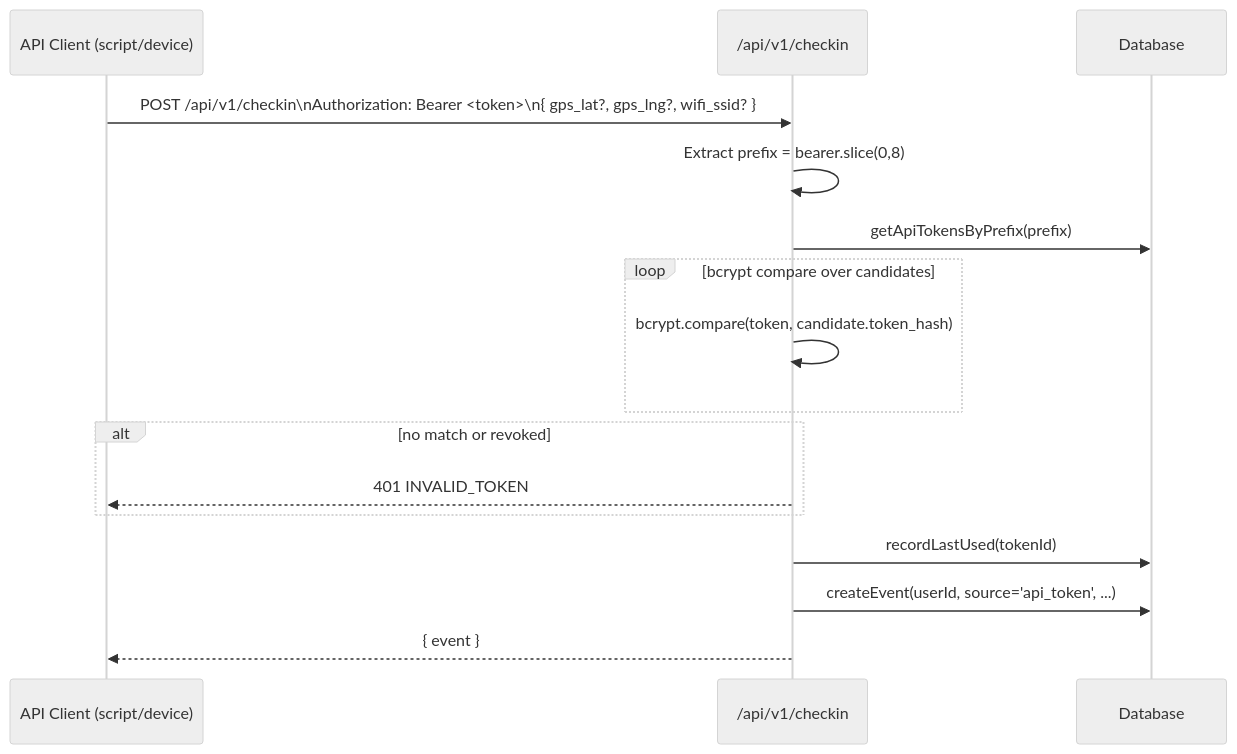
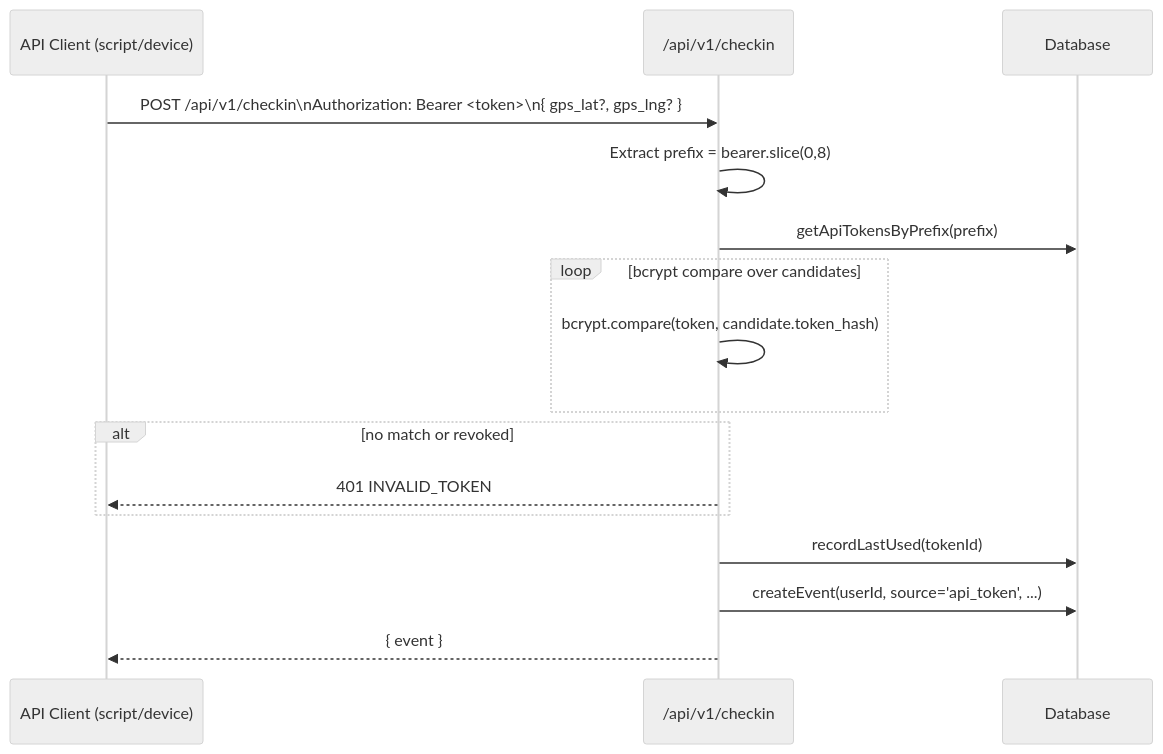
The sixth of 6 diagrams in docs/architecture/checkin-flow.md (ksharma20/checkmark), drawn with Mermaid (neutral theme) before and after one commit. The commit also changed other lines of this file and 296 other files, not shown here.

````diff
--- a/docs/architecture/checkin-flow.md
+++ b/docs/architecture/checkin-flow.md
@@ -171,20 +191,20 @@
 ```mermaid
 sequenceDiagram
   participant C as API Client (script/device)
   participant API as /api/v1/checkin
   participant DB as Database
 
-  C->>API: POST /api/v1/checkin\nAuthorization: Bearer <token>\n{ gps_lat?, gps_lng?, wifi_ssid? }
+  C->>API: POST /api/v1/checkin\nAuthorization: Bearer <token>\n{ gps_lat?, gps_lng? }
 
   API->>API: Extract prefix = bearer.slice(0,8)
   API->>DB: getApiTokensByPrefix(prefix)
   loop bcrypt compare over candidates
     API->>API: bcrypt.compare(token, candidate.token_hash)
   end
   alt no match or revoked
     API-->>C: 401 INVALID_TOKEN
   end
   API->>DB: recordLastUsed(tokenId)
   API->>DB: createEvent(userId, source='api_token', ...)
   API-->>C: { event }
 ```
````
